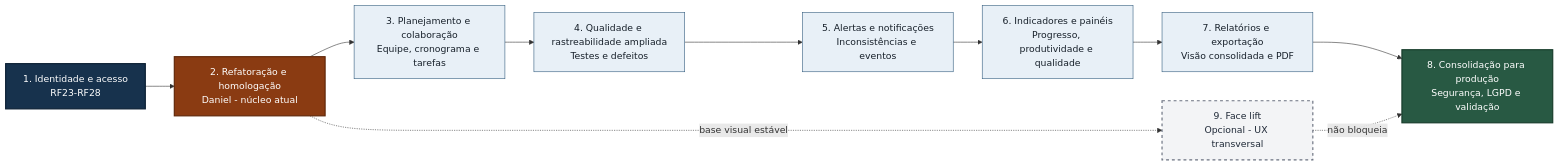
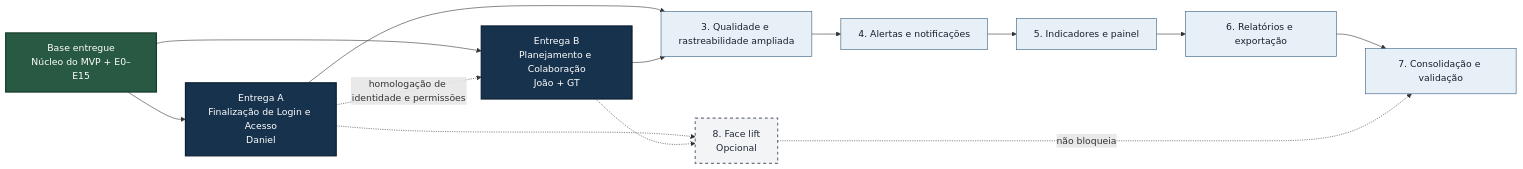
One commit to iYoNuttxD/Traceflow changed the diagram in TRACEFLOW_ROADMAP_INCREMENTAL.md. Above: the diagram before and after it, drawn with Mermaid. The commit also changed other lines of this file, not shown here.

Commit message:
refactor: update and reorganize TraceFlow roadmap following E0–E15 refactoring completion

````diff
--- a/TRACEFLOW_ROADMAP_INCREMENTAL.md
+++ b/TRACEFLOW_ROADMAP_INCREMENTAL.md
@@ -19,27 +40,32 @@
 ```mermaid
 flowchart LR
-    E1["1. Identidade e acesso<br/>RF23-RF28"]
-    E2["2. Refatoração e homologação<br/>Daniel - núcleo atual"]
-    E3["3. Planejamento e colaboração<br/>Equipe, cronograma e tarefas"]
-    E4["4. Qualidade e rastreabilidade ampliada<br/>Testes e defeitos"]
-    E5["5. Alertas e notificações<br/>Inconsistências e eventos"]
-    E6["6. Indicadores e painéis<br/>Progresso, produtividade e qualidade"]
-    E7["7. Relatórios e exportação<br/>Visão consolidada e PDF"]
-    E8["8. Consolidação para produção<br/>Segurança, LGPD e validação"]
-    UX["9. Face lift<br/>Opcional - UX transversal"]
+    BASE["Base entregue<br/>Núcleo do MVP + E0–E15"]
+    LOGIN["Entrega A<br/>Finalização de Login e Acesso<br/>Daniel"]
+    PLAN["Entrega B<br/>Planejamento e Colaboração<br/>João + GT"]
+    QUAL["3. Qualidade e rastreabilidade ampliada"]
+    ALERT["4. Alertas e notificações"]
+    IND["5. Indicadores e painel"]
+    REL["6. Relatórios e exportação"]
+    PROD["7. Consolidação e validação"]
+    UX["8. Face lift<br/>Opcional"]
 
-    E1 --> E2 --> E3 --> E4 --> E5 --> E6 --> E7 --> E8
-    E2 -. "base visual estável" .-> UX
-    UX -. "não bloqueia" .-> E8
+    BASE --> LOGIN
+    BASE --> PLAN
+    LOGIN -. "homologação de identidade e permissões" .-> PLAN
+    LOGIN --> QUAL
+    PLAN --> QUAL
+    QUAL --> ALERT --> IND --> REL --> PROD
+    LOGIN -.-> UX
+    PLAN -.-> UX
+    UX -. "não bloqueia" .-> PROD
 
+    classDef done fill:#285943,color:#fff,stroke:#163b2a,stroke-width:2px;
     classDef priority fill:#17324d,color:#fff,stroke:#0b1f33,stroke-width:2px;
-    classDef urgent fill:#8a3b12,color:#fff,stroke:#5f2608,stroke-width:2px;
     classDef delivery fill:#e8f0f7,color:#17202a,stroke:#315b7d;
-    classDef gate fill:#285943,color:#fff,stroke:#163b2a,stroke-width:2px;
     classDef optional fill:#f3f4f6,color:#1f2937,stroke:#6b7280,stroke-width:2px,stroke-dasharray:5 5;
-    class E1 priority;
-    class E2 urgent;
-    class E3,E4,E5,E6,E7 delivery;
-    class E8 gate;
+
+    class BASE done;
+    class LOGIN,PLAN priority;
+    class QUAL,ALERT,IND,REL,PROD delivery;
     class UX optional;
 ```
````
